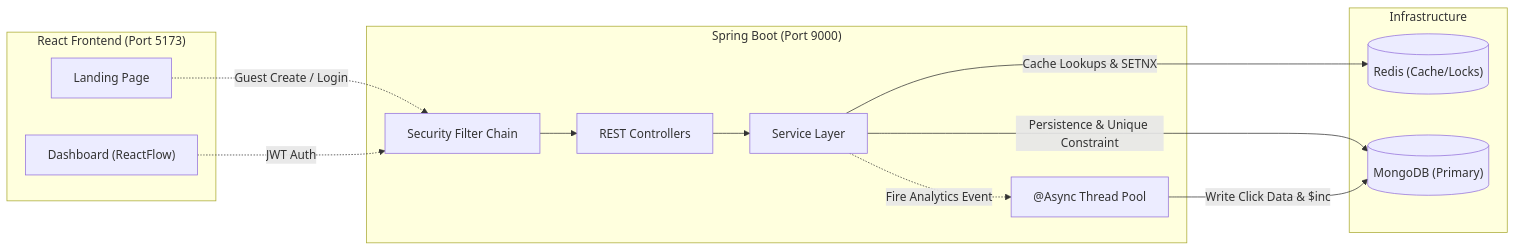
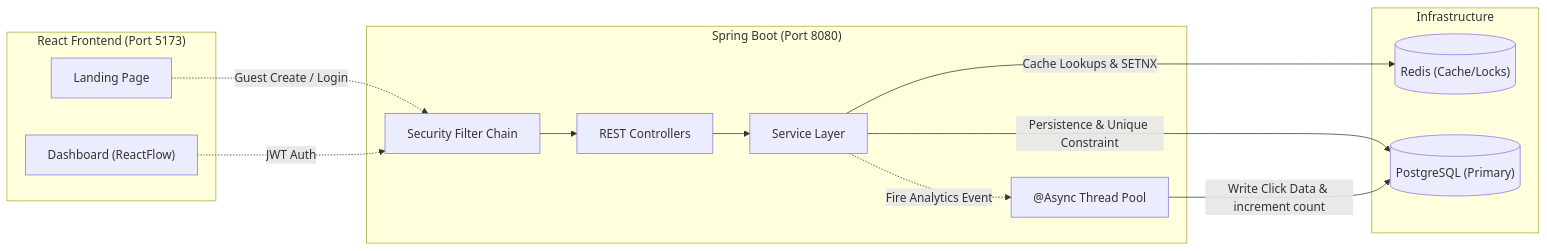
One commit to AbhiSondakar/SwiftRoute changed the first of 3 diagrams in README.md. Above: the diagram before and after it, drawn with Mermaid. The commit also changed other lines of this file and 42 other files, not shown here.

````diff
--- a/README.md
+++ b/README.md
@@ -51,31 +51,31 @@
 ```mermaid
 graph LR
     subgraph Frontend ["React Frontend (Port 5173)"]
         LP["Landing Page"]
         DASH["Dashboard (ReactFlow)"]
     end
 
-    subgraph Backend ["Spring Boot (Port 9000)"]
+    subgraph Backend ["Spring Boot (Port 8080)"]
         API["REST Controllers"]
         SVC["Service Layer"]
         AUTH["Security Filter Chain"]
         ASYNC["@Async Thread Pool"]
         
         API --> SVC
     end
 
     subgraph Infrastructure
         REDIS[("Redis (Cache/Locks)")]
-        MONGO[("MongoDB (Primary)")]
+        POSTGRES[("PostgreSQL (Primary)")]
     end
 
     LP -.-> |Guest Create / Login| AUTH
     DASH -.-> |JWT Auth| AUTH
     AUTH --> API
 
     SVC --> |Cache Lookups & SETNX| REDIS
-    SVC --> |Persistence & Unique Constraint| MONGO
+    SVC --> |Persistence & Unique Constraint| POSTGRES
     
     SVC -.-> |Fire Analytics Event| ASYNC
-    ASYNC --> |Write Click Data & $inc| MONGO
+    ASYNC --> |Write Click Data & increment count| POSTGRES
 ```
````
